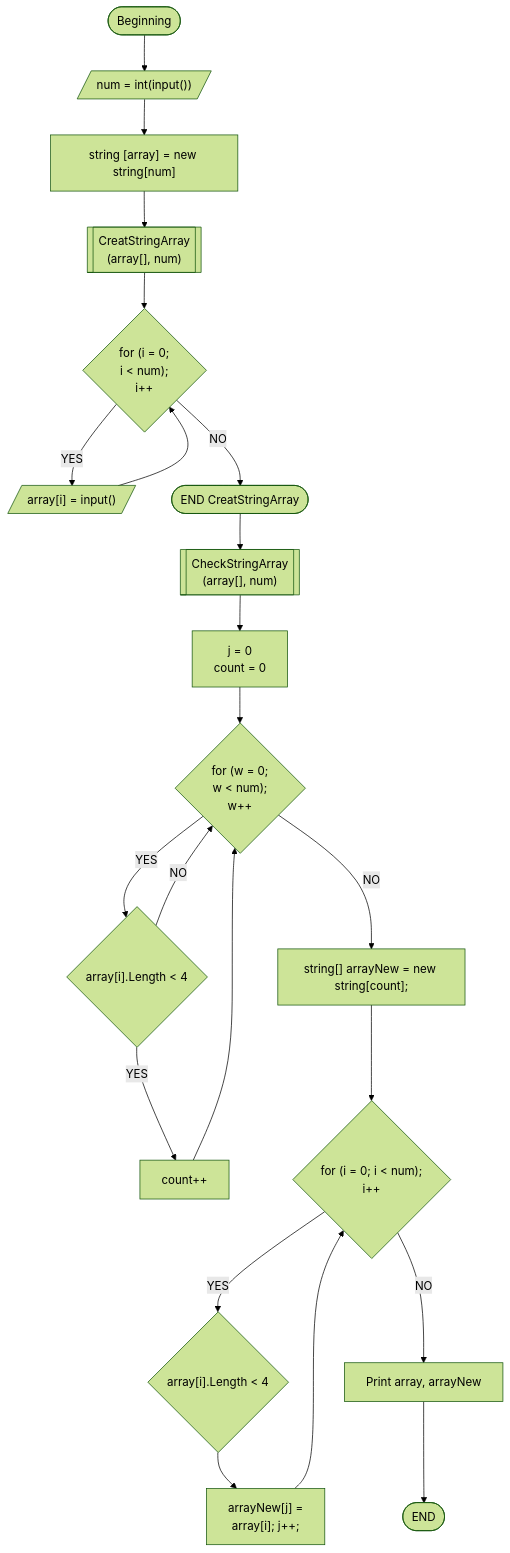
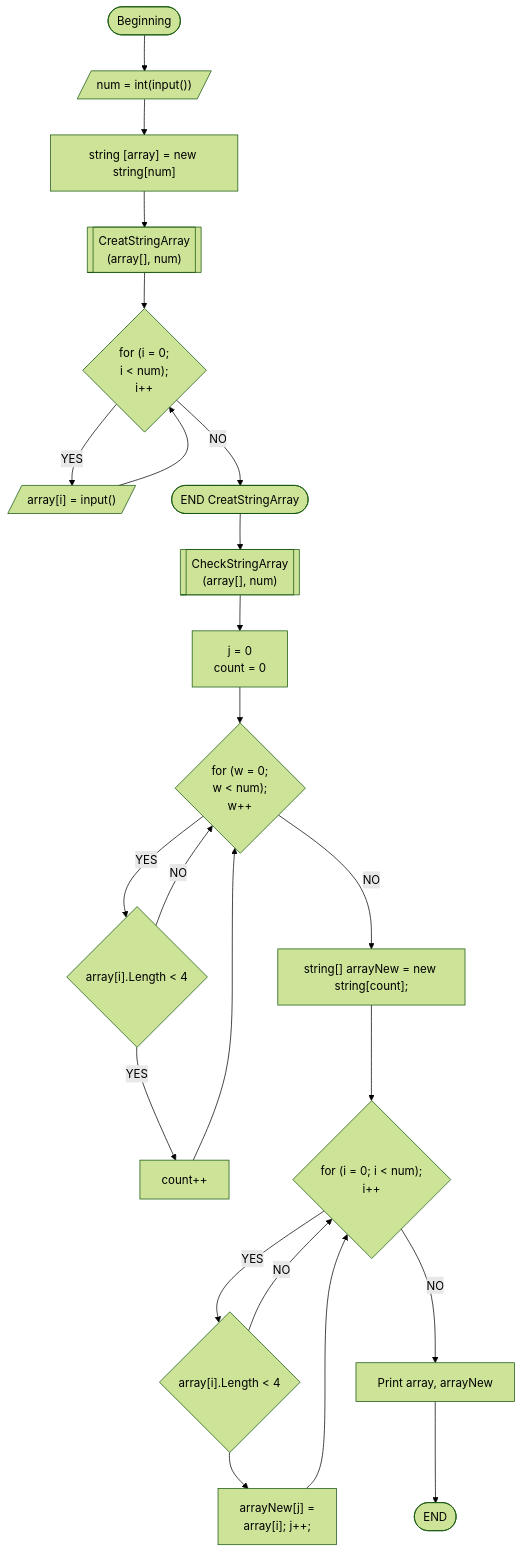
One commit to Chuprov-VD/training_C- changed the diagram in Itog_Zadach/README.md. Above: the diagram before and after it, drawn with Mermaid (forest theme). The commit also changed other lines of this file, not shown here.

````diff
--- a/Itog_Zadach/README.md
+++ b/Itog_Zadach/README.md
@@ -8,28 +22,29 @@
 ```mermaid
 flowchart TD 
      A([Beginning]) --> A1 
     A1[/"num = int(input())"/] --> 
     A2["string [array] = new string[num]"] --> 
     B[["CreatStringArray 
     (array[], num)"]] 
     B --> B1{"for (i = 0;  
     i < num);  
     i++"} 
     B1 --> |YES| B2[/"array[i] = input()"/]  
     --> B1 
     B1 -->  |NO| B3(["END CreatStringArray"])
      --> C[["CheckStringArray 
     (array[], num)"]] --> 
     C1["j = 0
     count = 0"] --> 
     C2{"for (w = 0;  
     w < num);  
     w++"} -->|YES| C3{"array[i].Length < 4"} -->  
     |YES| C4[count++] --> C2; 
     C3 --> |NO|C2;
     C2 --> |NO| C5["string[] arrayNew = new string[count];"]  
     --> D{"for (i = 0;  i < num);  
     i++"} --> |YES| D1{"array[i].Length < 4"} --> D2["arrayNew[j] = 
     array[i]; j++;"] --> D
     D --> |NO|D5[Print array, arrayNew] --> D6(["END"]);
+    D1 --> |NO| D
 ```
````
